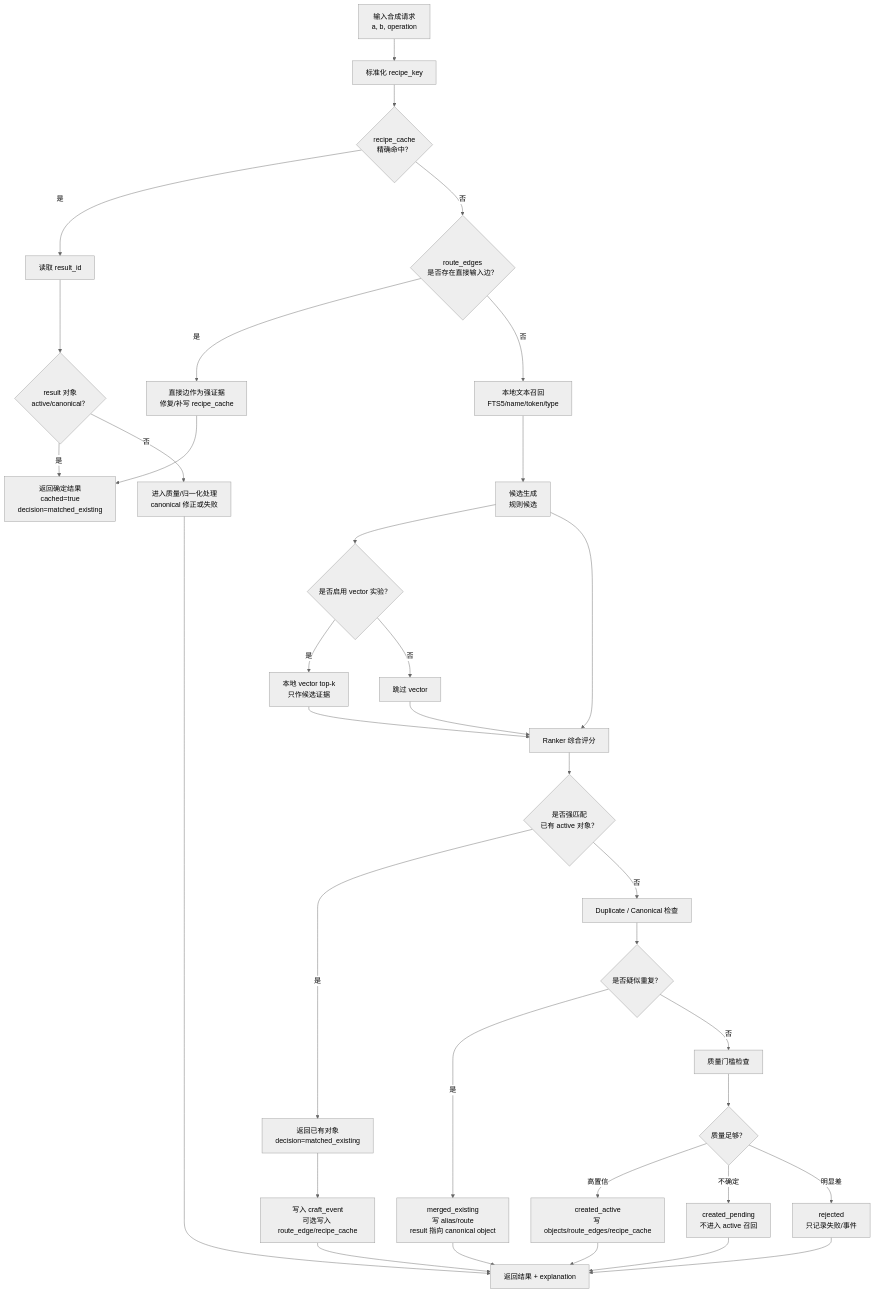
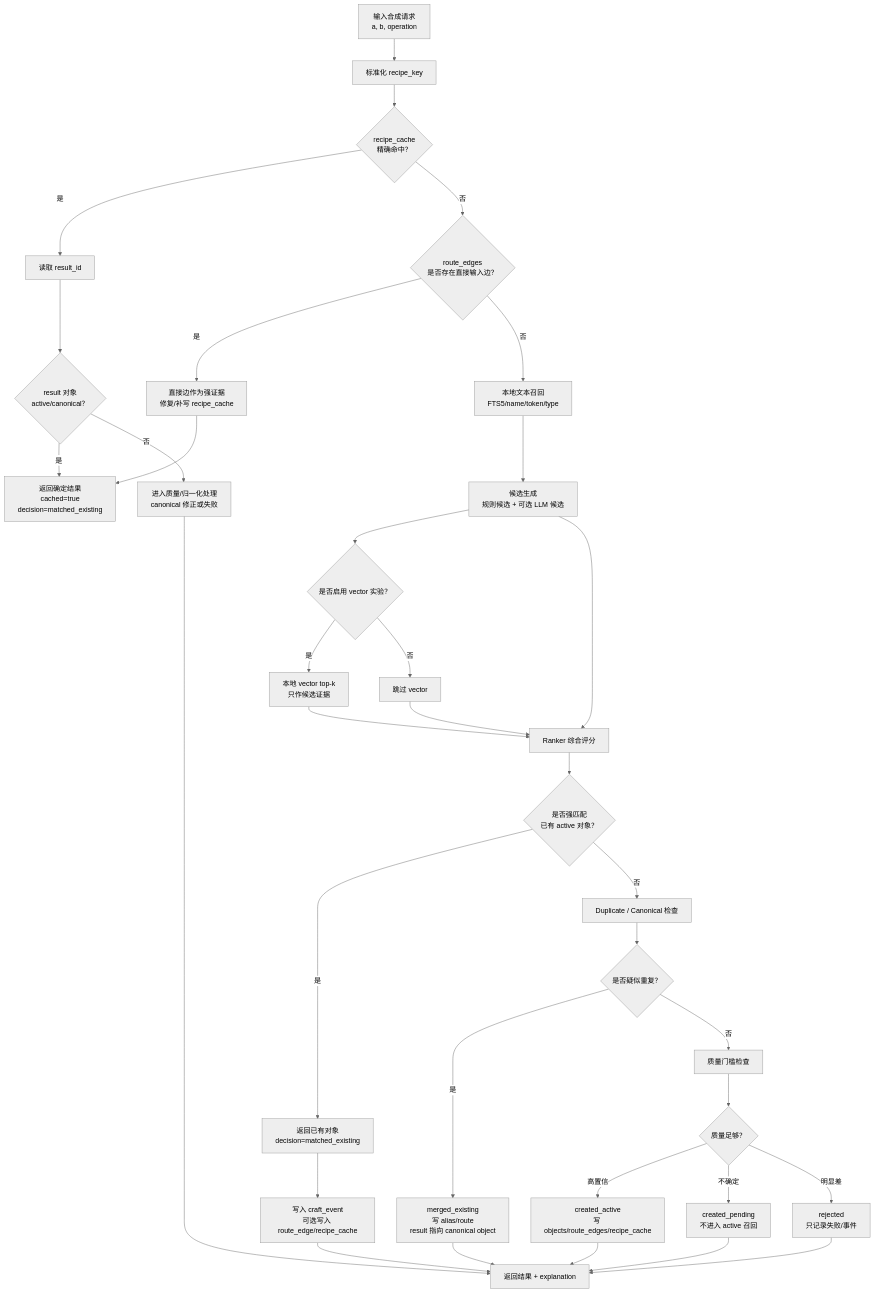
The diagram in docs/design/synthesizer-engine-implementation.md (xiluoshiro/MySynthesizer), drawn with Mermaid (neutral theme) before and after one commit. The commit also changed other lines of this file and 10 other files, not shown here.

````diff
--- a/docs/design/synthesizer-engine-implementation.md
+++ b/docs/design/synthesizer-engine-implementation.md
@@ -784,46 +804,46 @@
 ```mermaid
 flowchart TD
     A["输入合成请求<br/>a, b, operation"] --> B["标准化 recipe_key"]
 
     B --> C{"recipe_cache<br/>精确命中？"}
     C -- "是" --> D["读取 result_id"]
     D --> E{"result 对象<br/>active/canonical？"}
     E -- "是" --> F["返回确定结果<br/>cached=true<br/>decision=matched_existing"]
     E -- "否" --> G["进入质量/归一化处理<br/>canonical 修正或失败"]
 
     C -- "否" --> H{"route_edges<br/>是否存在直接输入边？"}
     H -- "是" --> I["直接边作为强证据<br/>修复/补写 recipe_cache"]
     I --> F
 
     H -- "否" --> J["本地文本召回<br/>FTS5/name/token/type"]
-    J --> K["候选生成<br/>规则候选"]
+    J --> K["候选生成<br/>规则候选 + 可选 LLM 候选"]
     K --> L{"是否启用 vector 实验？"}
     L -- "是" --> M["本地 vector top-k<br/>只作候选证据"]
     L -- "否" --> N["跳过 vector"]
 
     K --> O["Ranker 综合评分"]
     M --> O
     N --> O
 
     O --> P{"是否强匹配<br/>已有 active 对象？"}
     P -- "是" --> Q["返回已有对象<br/>decision=matched_existing"]
     Q --> R["写入 craft_event<br/>可选写入 route_edge/recipe_cache"]
 
     P -- "否" --> S["Duplicate / Canonical 检查"]
     S --> T{"是否疑似重复？"}
 
     T -- "是" --> U["merged_existing<br/>写 alias/route<br/>result 指向 canonical object"]
     T -- "否" --> V["质量门槛检查"]
 
     V --> W{"质量足够？"}
     W -- "高置信" --> X["created_active<br/>写 objects/route_edges/recipe_cache"]
     W -- "不确定" --> Y["created_pending<br/>不进入 active 召回"]
     W -- "明显差" --> Z["rejected<br/>只记录失败/事件"]
 
     U --> AA["返回结果 + explanation"]
     X --> AA
     Y --> AA
     Z --> AA
     G --> AA
     R --> AA
 ```
````
